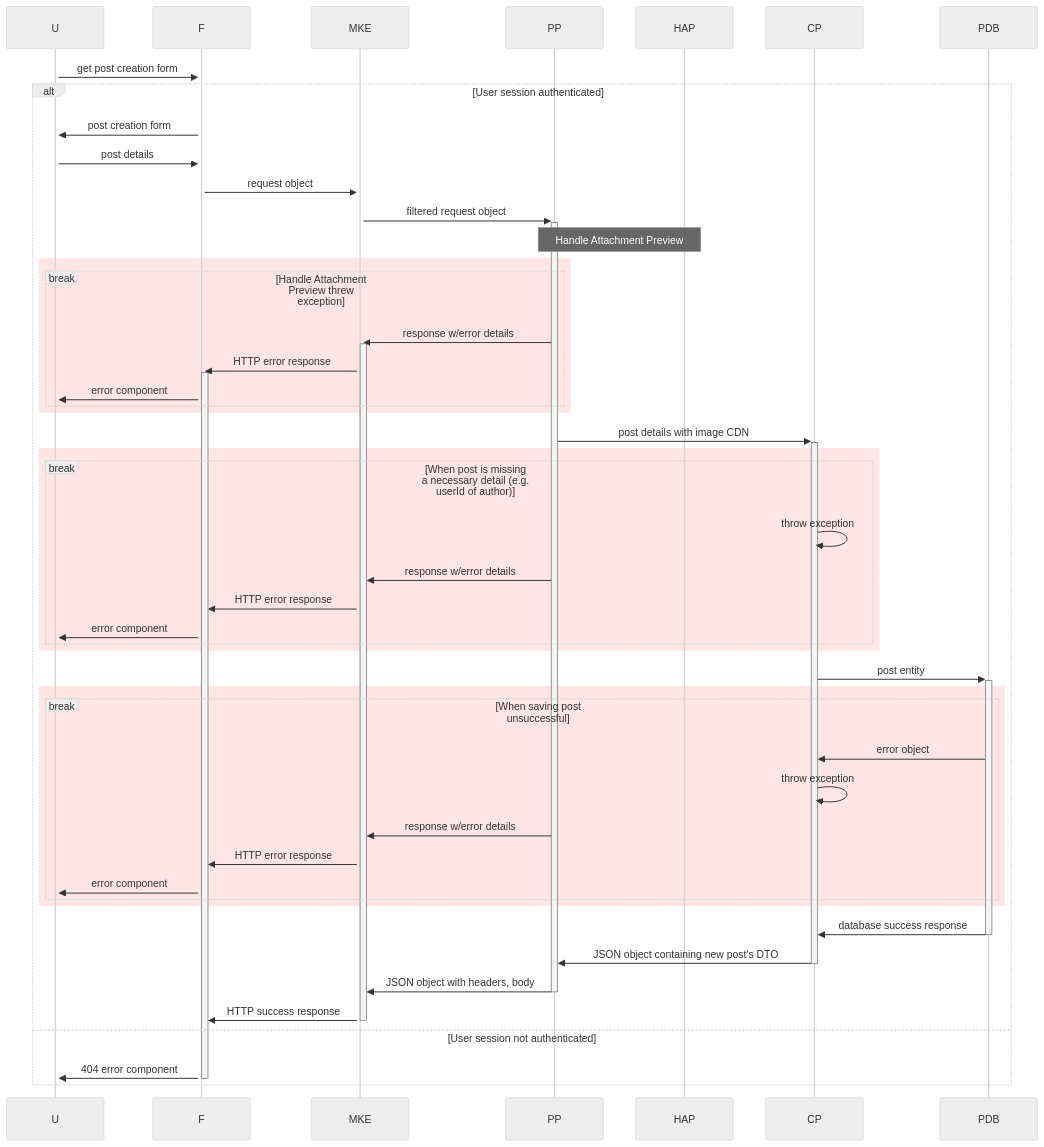
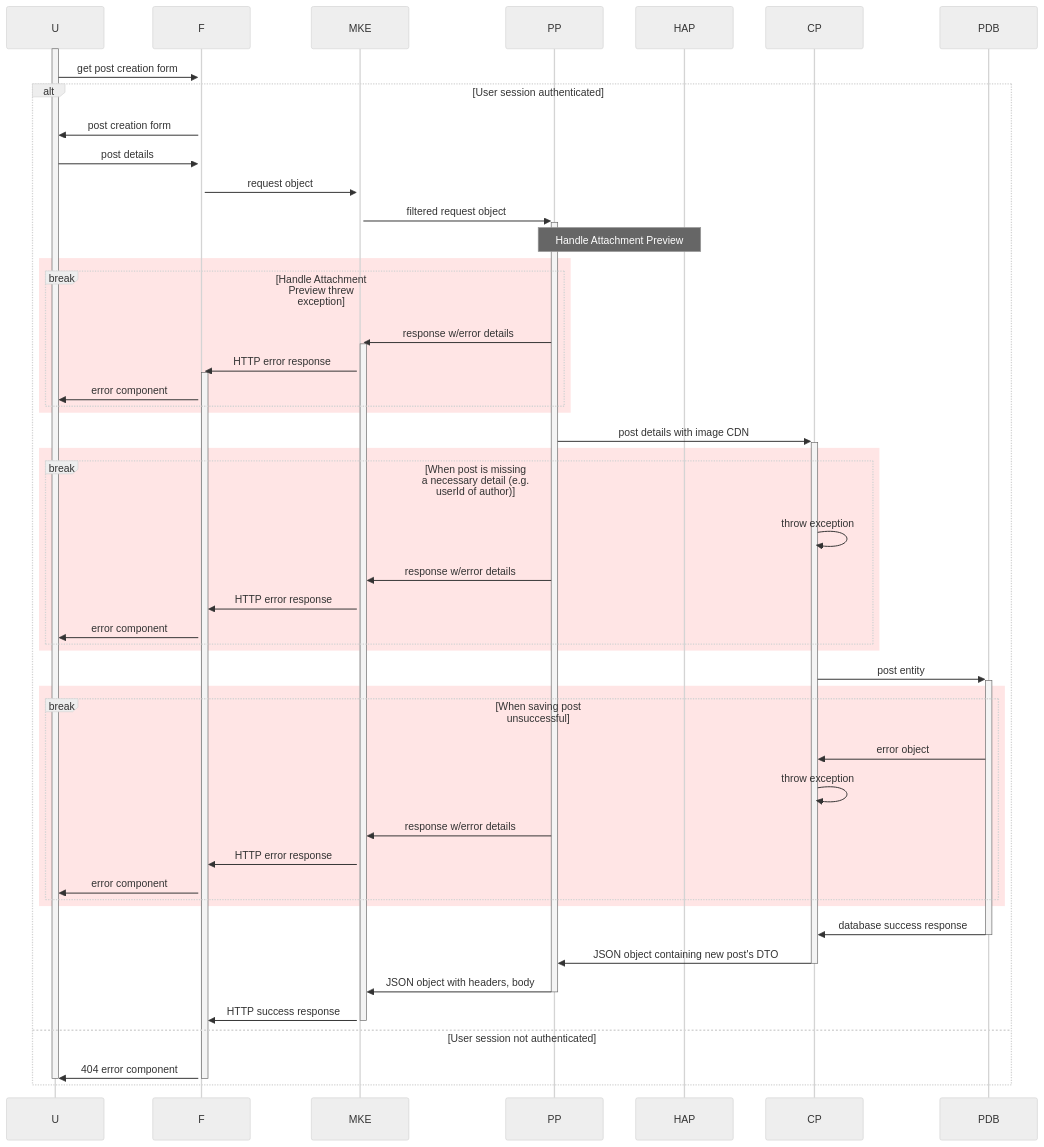
One commit to maryamkhan14/cv-circle changed the first of 6 diagrams in DOCUMENTATION.md. Above: the diagram before and after it, drawn with Mermaid (neutral theme). The commit also changed other lines of this file, not shown here.

Commit message:
Fixed incorrect activations in sequence diagrams

````diff
--- a/DOCUMENTATION.md
+++ b/DOCUMENTATION.md
@@ -46,52 +46,51 @@
 ```mermaid
 sequenceDiagram
     activate U
     U->>+F: get post creation form
     alt User session authenticated
         F->>U: post creation form
         U->>F: post details
         F->>+MKE: request object
         MKE->>+PP: filtered request object
         Note over PP, HAP: Handle Attachment Preview
         rect rgba(255,0,0,0.1)
         break Handle Attachment Preview threw exception
             PP->>+MKE: response w/error details
             MKE->>+F: HTTP error response
             F->>U: error component
         end
         end
         PP->>+CP: post details with image CDN
 
         rect rgba(255, 0, 0, 0.1)
         break When post is missing a necessary detail (e.g. userId of author)
             CP->>CP: throw exception
             PP->>MKE: response w/error details
             MKE->>F: HTTP error response
             F->>U: error component
         end
         end
 
         CP->>+PDB: post entity
 
         rect rgba(255, 0, 0, 0.1)
         break When saving post unsuccessful
             PDB->>CP: error object
             CP->>CP: throw exception
             PP->>MKE: response w/error details
             MKE->>F: HTTP error response
             F->>U: error component
         end
         end
 
         PDB->>CP: database success response
         deactivate PDB
         CP->>PP: JSON object containing new post's DTO
         deactivate CP
         PP->>-MKE: JSON object with headers, body
-        MKE->>F: HTTP success response
-        deactivate MKE
+        MKE->>-F: HTTP success response
     else User session not authenticated
         F->>-U: 404 error component
-
+        deactivate U
     end
 ```
````
